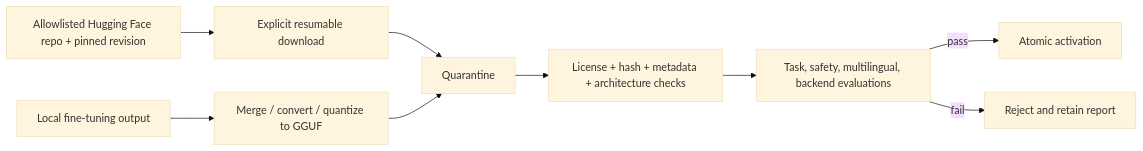
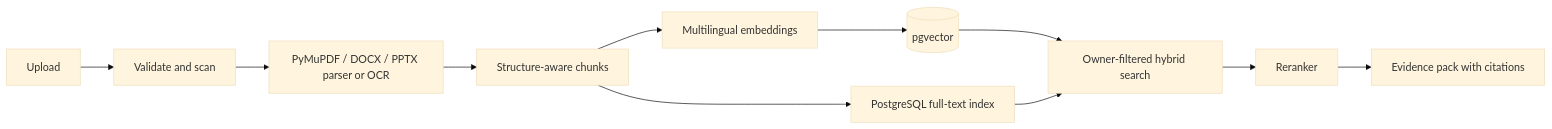
The third of 4 diagrams in docs/technical/architecture.md (shreemaanikam/AI_Teacher), drawn with Mermaid (base theme) before and after one commit. The commit also changed other lines of this file and 13 other files, not shown here.

````diff
--- a/docs/technical/architecture.md
+++ b/docs/technical/architecture.md
@@ -97,11 +90,13 @@
 ```mermaid
 flowchart LR
-  HF[Allowlisted Hugging Face repo + pinned revision] --> DL[Explicit resumable download]
-  FT[Local fine-tuning output] --> CV[Merge / convert / quantize to GGUF]
-  DL --> Q[Quarantine]
-  CV --> Q
-  Q --> V[License + hash + metadata + architecture checks]
-  V --> E[Task, safety, multilingual, backend evaluations]
-  E -->|pass| A[Atomic activation]
-  E -->|fail| X[Reject and retain report]
+  UP[Upload] --> SC[Validate and scan]
+  SC --> PA[PyMuPDF / DOCX / PPTX parser or OCR]
+  PA --> CH[Structure-aware chunks]
+  CH --> EM[Multilingual embeddings]
+  CH --> FT[PostgreSQL full-text index]
+  EM --> PV[(pgvector)]
+  PV --> HY[Owner-filtered hybrid search]
+  FT --> HY
+  HY --> RR[Reranker]
+  RR --> EP[Evidence pack with citations]
 ```
````
